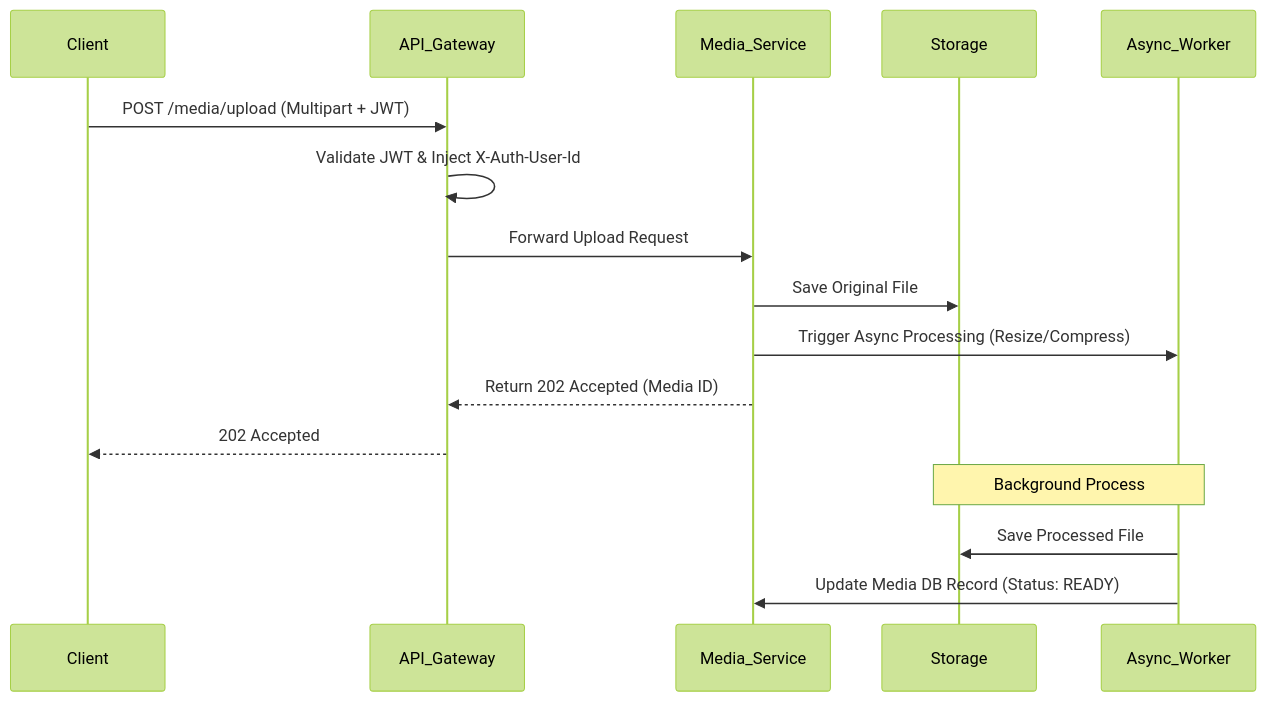
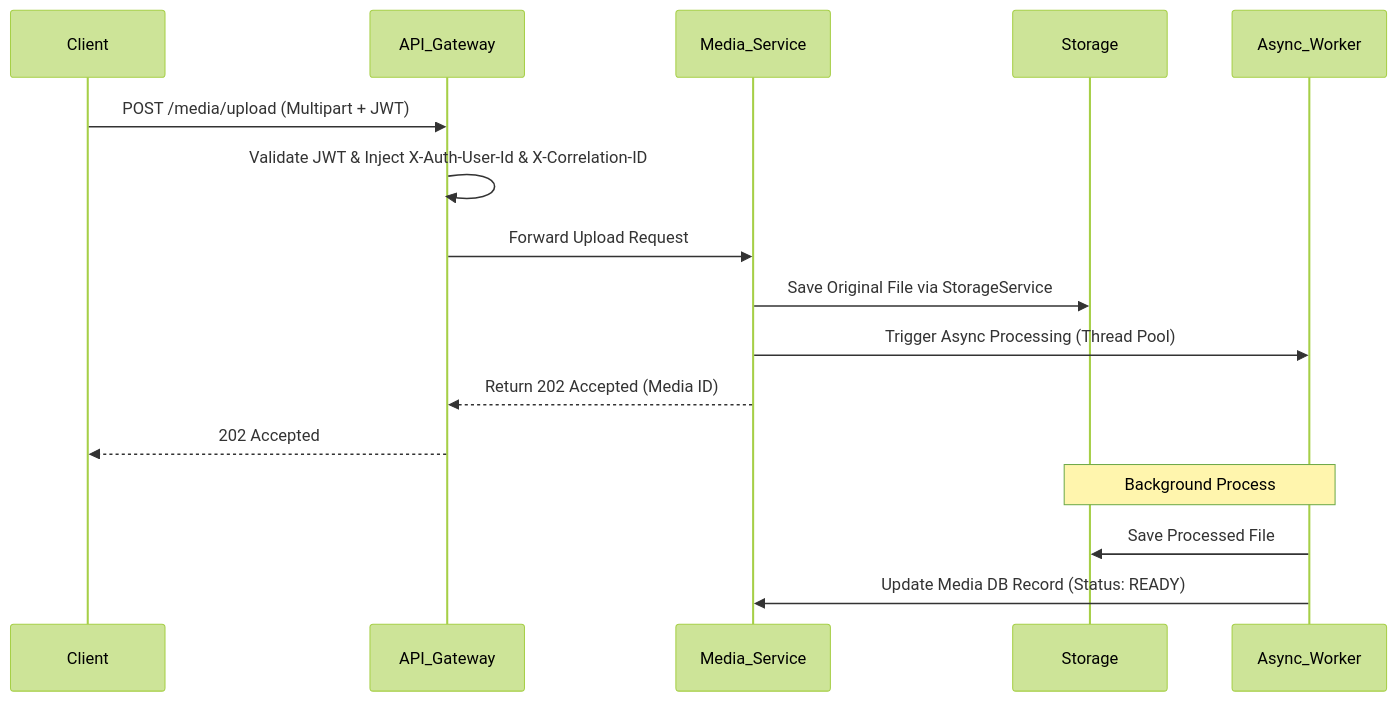
Before and after one commit to yafaaa/Distributed_Media_Sharing_Platform: the third of 4 diagrams in README.md, drawn with Mermaid (forest theme). The commit also changed other lines of this file and 15 other files, not shown here.

Commit message:
refactor: Upgrade backend architecture to professional standards

````diff
--- a/README.md
+++ b/README.md
@@ -71,20 +73,20 @@
 ```mermaid
 sequenceDiagram
     participant Client
     participant API_Gateway
     participant Media_Service
     participant Storage
     participant Async_Worker
 
     Client->>API_Gateway: POST /media/upload (Multipart + JWT)
-    API_Gateway->>API_Gateway: Validate JWT & Inject X-Auth-User-Id
+    API_Gateway->>API_Gateway: Validate JWT & Inject X-Auth-User-Id & X-Correlation-ID
     API_Gateway->>Media_Service: Forward Upload Request
-    Media_Service->>Storage: Save Original File
-    Media_Service->>Async_Worker: Trigger Async Processing (Resize/Compress)
+    Media_Service->>Storage: Save Original File via StorageService
+    Media_Service->>Async_Worker: Trigger Async Processing (Thread Pool)
     Media_Service-->>API_Gateway: Return 202 Accepted (Media ID)
     API_Gateway-->>Client: 202 Accepted
 
     Note over Async_Worker,Storage: Background Process
     Async_Worker->>Storage: Save Processed File
     Async_Worker->>Media_Service: Update Media DB Record (Status: READY)
 ```
````
